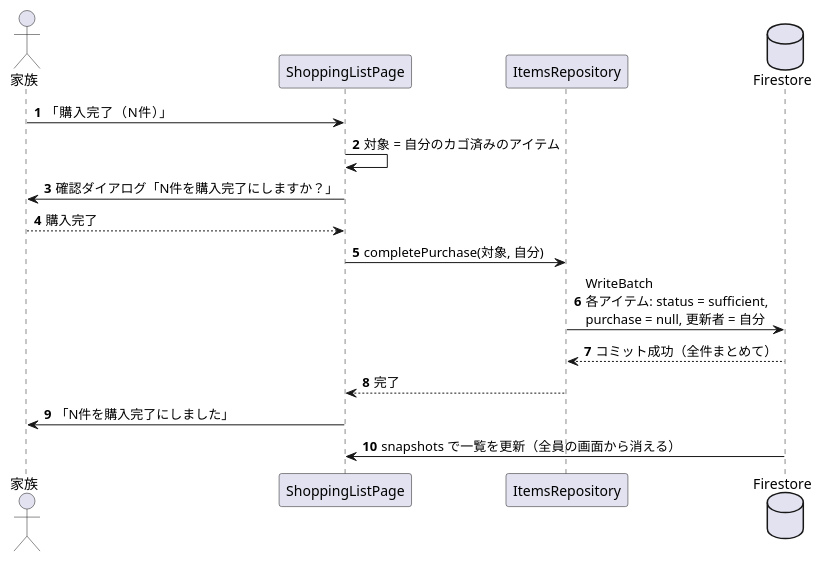
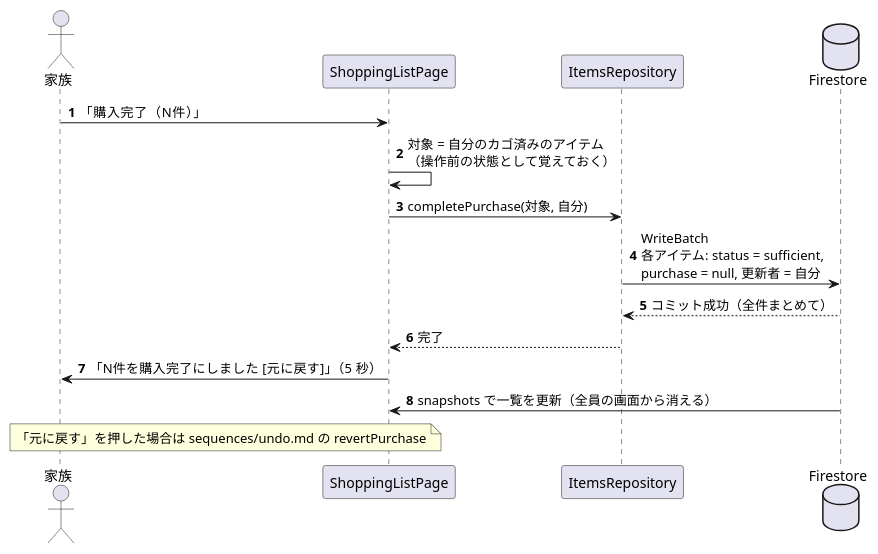
One commit to LASC-SINCE2015/LivingManager changed the diagram in design/sequences/diagrams/complete_purchase.puml. Above: the diagram before and after it, drawn with PlantUML. The commit also changed 57 other files, not shown here.

```diff
--- a/design/sequences/diagrams/complete_purchase.puml
+++ b/design/sequences/diagrams/complete_purchase.puml
@@ -1,22 +1,21 @@
 @startuml complete_purchase
 !pragma layout smetana
 ' 購入完了（自分のカゴ済みをまとめて「十分」に戻す）の流れ
 skinparam defaultFontName "Meiryo"
 autonumber
 
 actor "家族" as user
 participant "ShoppingListPage" as page
 participant "ItemsRepository" as repo
 database "Firestore" as fs
 
 user -> page : 「購入完了（N件）」
-page -> page : 対象 = 自分のカゴ済みのアイテム
-page -> user : 確認ダイアログ「N件を購入完了にしますか？」
-user --> page : 購入完了
+page -> page : 対象 = 自分のカゴ済みのアイテム\n（操作前の状態として覚えておく）
 page -> repo : completePurchase(対象, 自分)
 repo -> fs : WriteBatch\n各アイテム: status = sufficient,\npurchase = null, 更新者 = 自分
 fs --> repo : コミット成功（全件まとめて）
 repo --> page : 完了
-page -> user : 「N件を購入完了にしました」
+page -> user : 「N件を購入完了にしました [元に戻す]」（5 秒）
 fs -> page : snapshots で一覧を更新（全員の画面から消える）
+note over user, page : 「元に戻す」を押した場合は sequences/undo.md の revertPurchase
 @enduml
```
